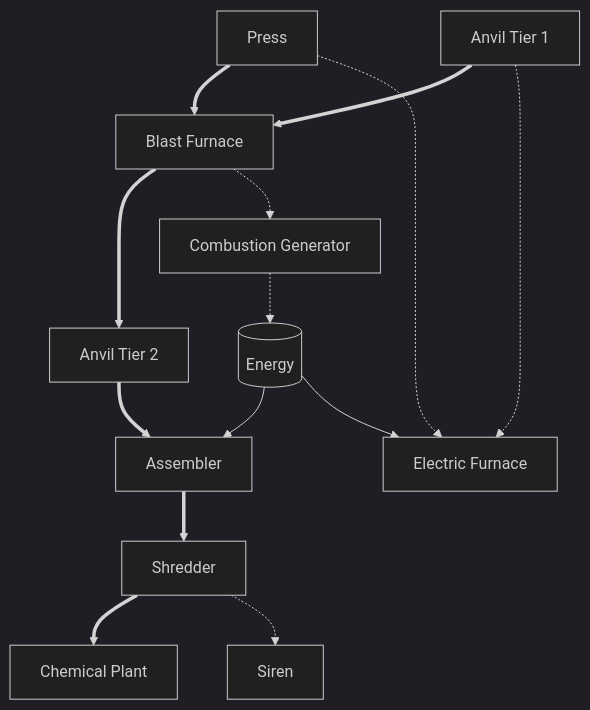
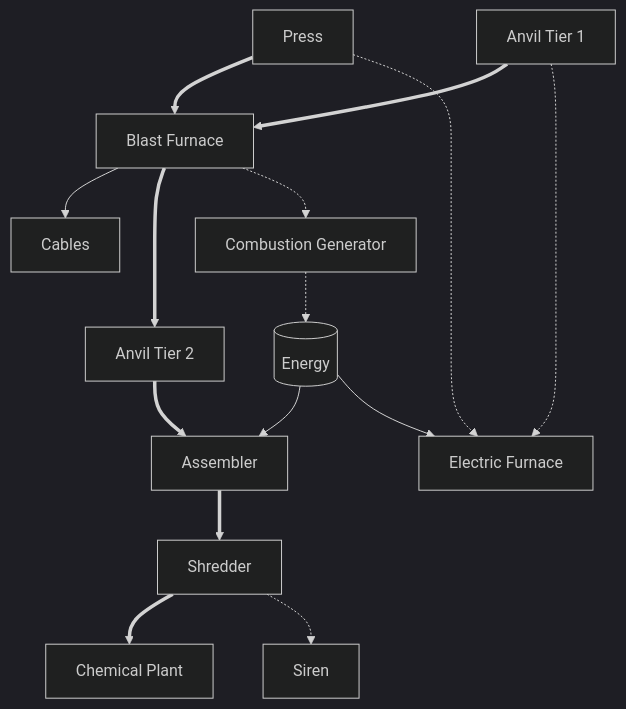
One commit to MartinTheDragon/Nuclear-Tech-Mod-Remake changed the third of 3 diagrams in docs/PROGRESSION.md. Above: the diagram before and after it, drawn with Mermaid (dark theme). The commit also changed 20 other files, not shown here.

````diff
--- a/docs/PROGRESSION.md
+++ b/docs/PROGRESSION.md
@@ -52,10 +52,11 @@
 ```mermaid
 flowchart TB
   Press & Anvil1[Anvil Tier 1] ==> DiFurnace[Blast Furnace]
   Anvil1 & Press -.-> EFurnace[Electric Furnace]
+  DiFurnace --> Cables
   DiFurnace ==> Anvil2[Anvil Tier 2]
   DiFurnace -.-> CombustionGen[Combustion Generator]
   CombustionGen -.-> Energy[(Energy)] --> Assembler & EFurnace
   Anvil2 ==> Assembler ==> Shredder ==> ChemPlant[Chemical Plant]
   Shredder -.-> Siren
 ```
````
